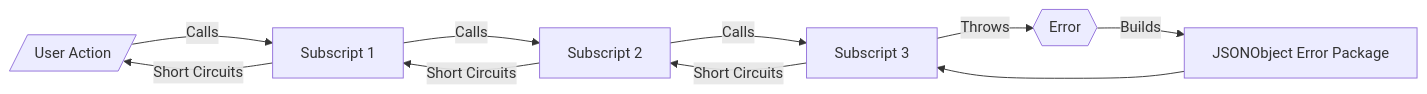
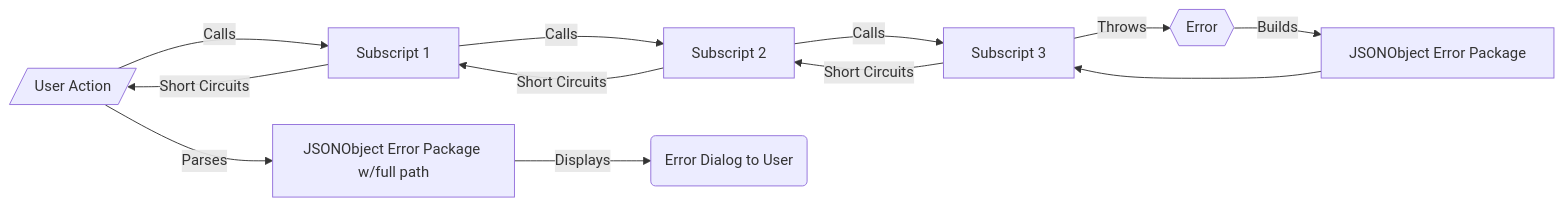
One commit to CloudChi/FX-Framework changed the second of 2 diagrams in Error_Trapping_Returning.md. Above: the diagram before and after it, drawn with Mermaid.

````diff
--- a/Error_Trapping_Returning.md
+++ b/Error_Trapping_Returning.md
@@ -37,13 +37,14 @@
 ```mermaid
 graph LR
     A[/User Action/] -- Calls --> B[Subscript 1] 
     B -- Calls --> C[Subscript 2] 
     C -- Calls --> D[Subscript 3] 
     D -- Throws --> E{{Error}}
     E -- Builds --> F[JSONObject Error Package]
     F --> D
     D -- Short Circuits --> C
     C -- Short Circuits --> B
     B -- Short Circuits --> A
-    
+    A -- Parses --> G[JSONObject Error Package w/full path]
+    G -- Displays --> H(Error Dialog to User)    
 ```
````
